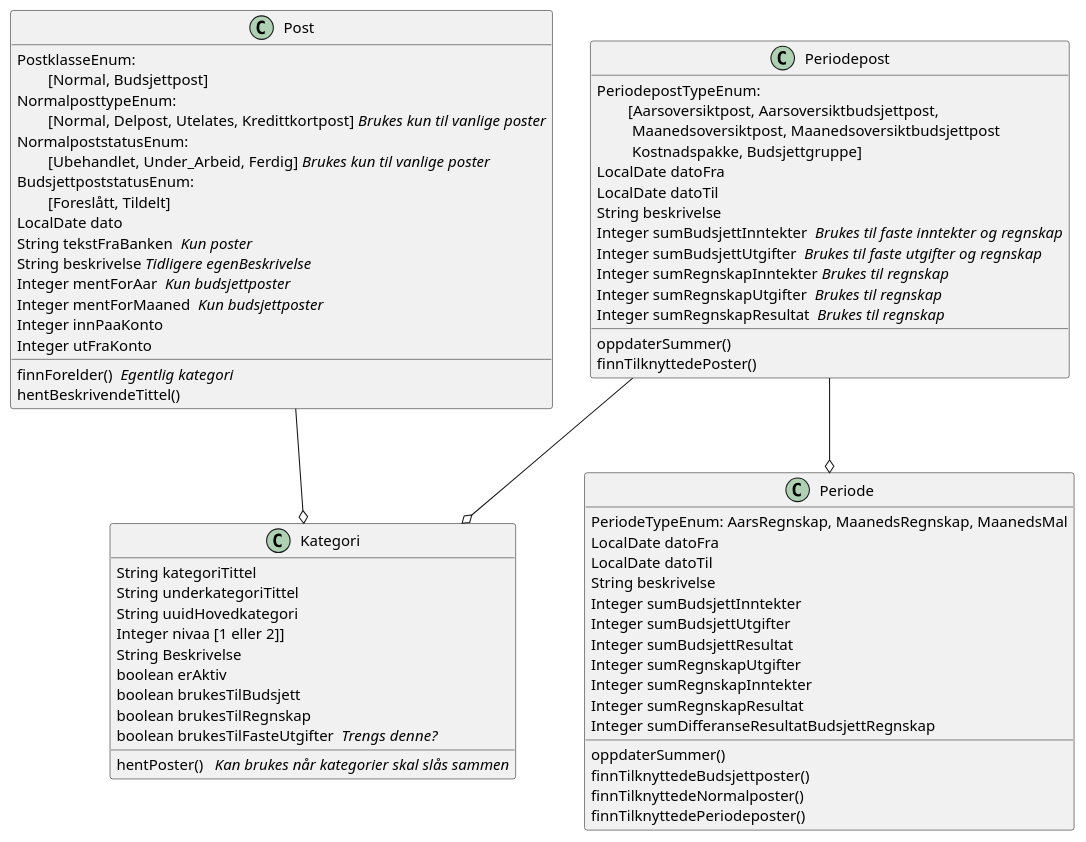
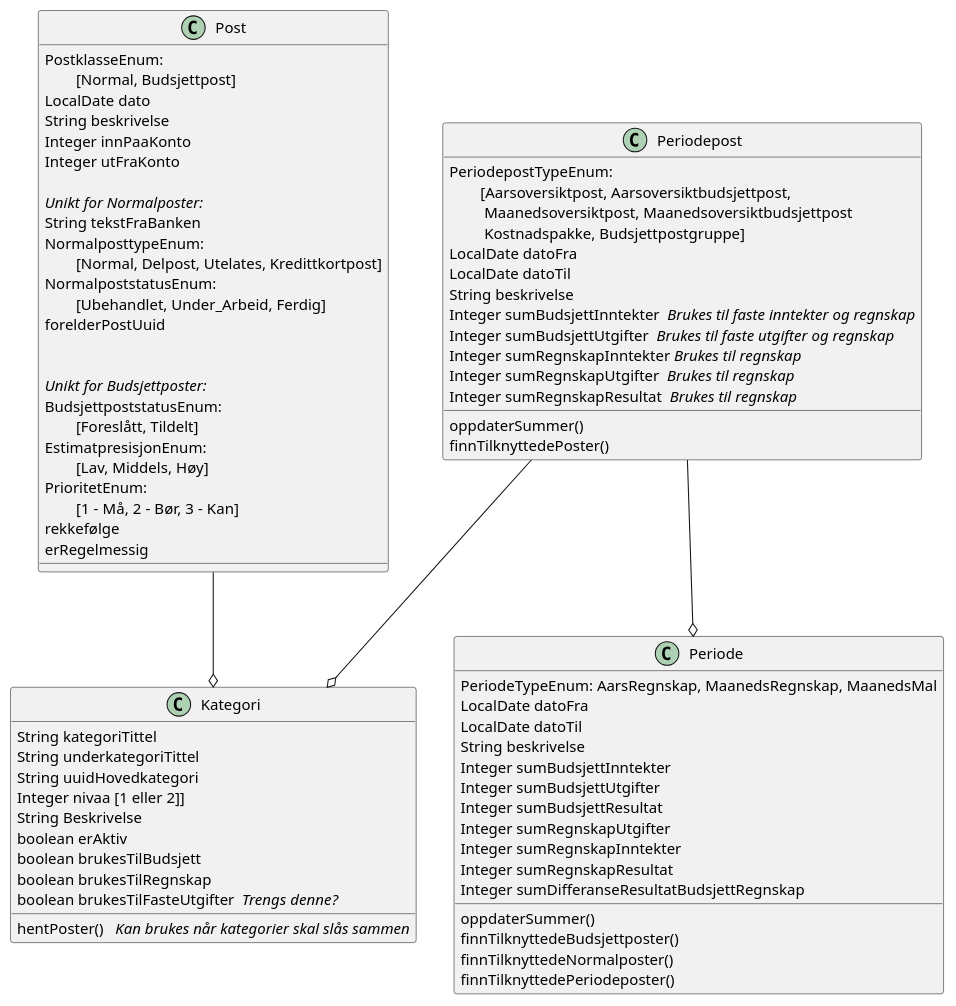
The diagram in src/main/java/docs/Datastruktur.puml (hallvard-boink/blaahvalen), drawn with PlantUML before and after one commit. The commit also changed 25 other files, not shown here.

```diff
--- a/src/main/java/docs/Datastruktur.puml
+++ b/src/main/java/docs/Datastruktur.puml
@@ -1,79 +1,88 @@
 @startuml
 'https://plantuml.com/class-diagram
 
 class Post {
     PostklasseEnum:
     \t[Normal, Budsjettpost]
+    LocalDate dato
+    String beskrivelse
+    Integer innPaaKonto
+    Integer utFraKonto
+
+    //Unikt for Normalposter://
+    String tekstFraBanken
     NormalposttypeEnum:
-    \t[Normal, Delpost, Utelates, Kredittkortpost] //Brukes kun til vanlige poster//
+    \t[Normal, Delpost, Utelates, Kredittkortpost]
     NormalpoststatusEnum:
-    \t[Ubehandlet, Under_Arbeid, Ferdig] //Brukes kun til vanlige poster//
+    \t[Ubehandlet, Under_Arbeid, Ferdig]
+    forelderPostUuid
+
+
+    //Unikt for Budsjettposter://
     BudsjettpoststatusEnum:
     \t[Foreslått, Tildelt]
-    LocalDate dato
-    String tekstFraBanken  //Kun poster//
-    String beskrivelse //Tidligere egenBeskrivelse//
-    Integer mentForAar  //Kun budsjettposter//
-    Integer mentForMaaned  //Kun budsjettposter//
-    finnForelder()  //Egentlig kategori//
-    hentBeskrivendeTittel()
-    Integer innPaaKonto
-    Integer utFraKonto
+    EstimatpresisjonEnum:
+    \t[Lav, Middels, Høy]
+    PrioritetEnum:
+    \t[1 - Må, 2 - Bør, 3 - Kan]
+    rekkefølge
+    erRegelmessig
+
 }
 
 class Kategori {
     String kategoriTittel
     String underkategoriTittel
     String uuidHovedkategori
     Integer nivaa [1 eller 2]]
     String Beskrivelse
     boolean erAktiv
     boolean brukesTilBudsjett
     boolean brukesTilRegnskap
     boolean brukesTilFasteUtgifter  //Trengs denne?//
     hentPoster()   //Kan brukes når kategorier skal slås sammen//
 
 }
 
 class Periode {
     PeriodeTypeEnum: AarsRegnskap, MaanedsRegnskap, MaanedsMal
     LocalDate datoFra
     LocalDate datoTil
     String beskrivelse
     Integer sumBudsjettInntekter
     Integer sumBudsjettUtgifter
     Integer sumBudsjettResultat
     Integer sumRegnskapUtgifter
     Integer sumRegnskapInntekter
     Integer sumRegnskapResultat
     Integer sumDifferanseResultatBudsjettRegnskap
     oppdaterSummer()
     finnTilknyttedeBudsjettposter()
     finnTilknyttedeNormalposter()
     finnTilknyttedePeriodeposter()
 }
 
 class Periodepost {
     PeriodepostTypeEnum:
         \t[Aarsoversiktpost, Aarsoversiktbudsjettpost,
         \t Maanedsoversiktpost, Maanedsoversiktbudsjettpost
-        \t Kostnadspakke, Budsjettgruppe]
+        \t Kostnadspakke, Budsjettpostgruppe]
     LocalDate datoFra
     LocalDate datoTil
     String beskrivelse
     Integer sumBudsjettInntekter  //Brukes til faste inntekter og regnskap//
     Integer sumBudsjettUtgifter  //Brukes til faste utgifter og regnskap//
     Integer sumRegnskapInntekter //Brukes til regnskap//
     Integer sumRegnskapUtgifter  //Brukes til regnskap//
     Integer sumRegnskapResultat  //Brukes til regnskap//
     oppdaterSummer()
     finnTilknyttedePoster()
 }
 
 Post --o Kategori
 Periodepost --o Kategori
 Periodepost --o Periode
 
 
 
 @enduml
```
